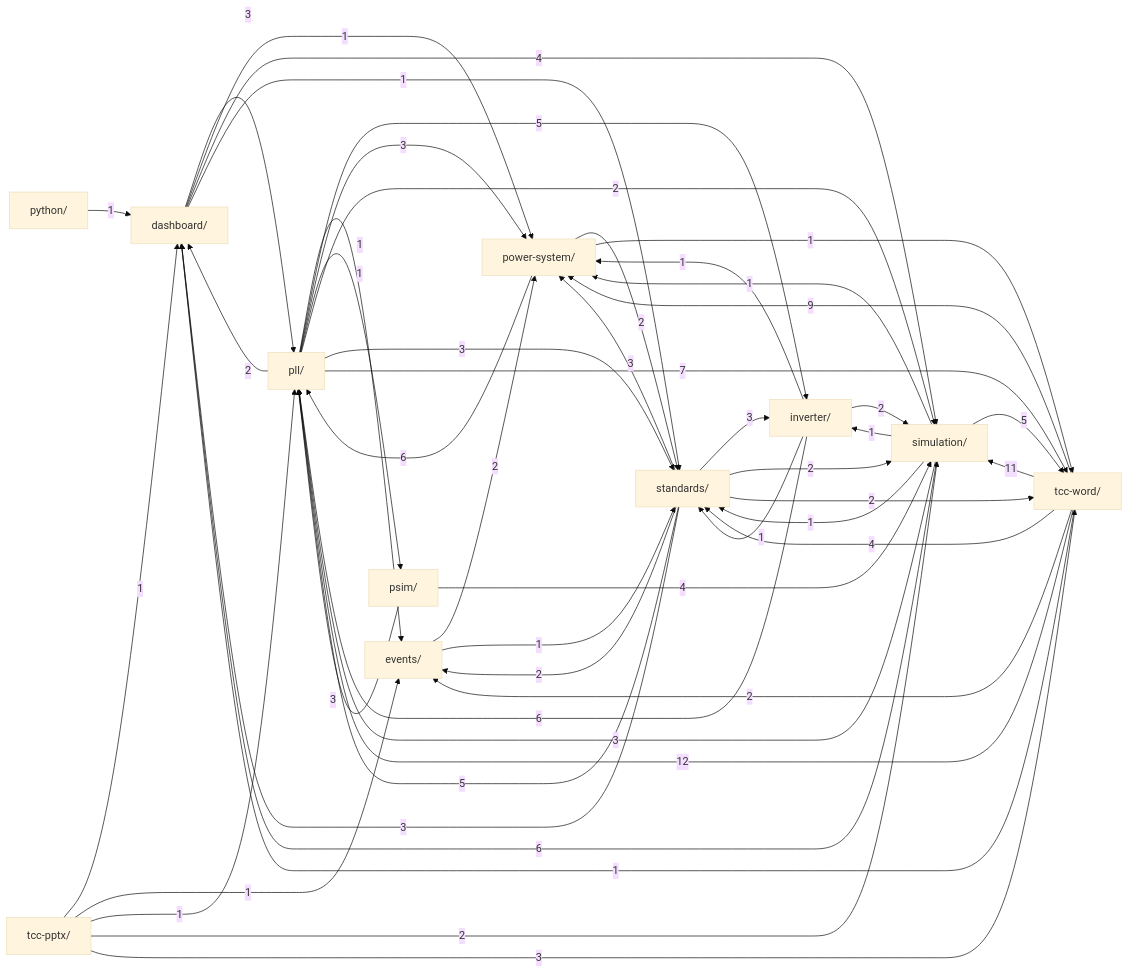
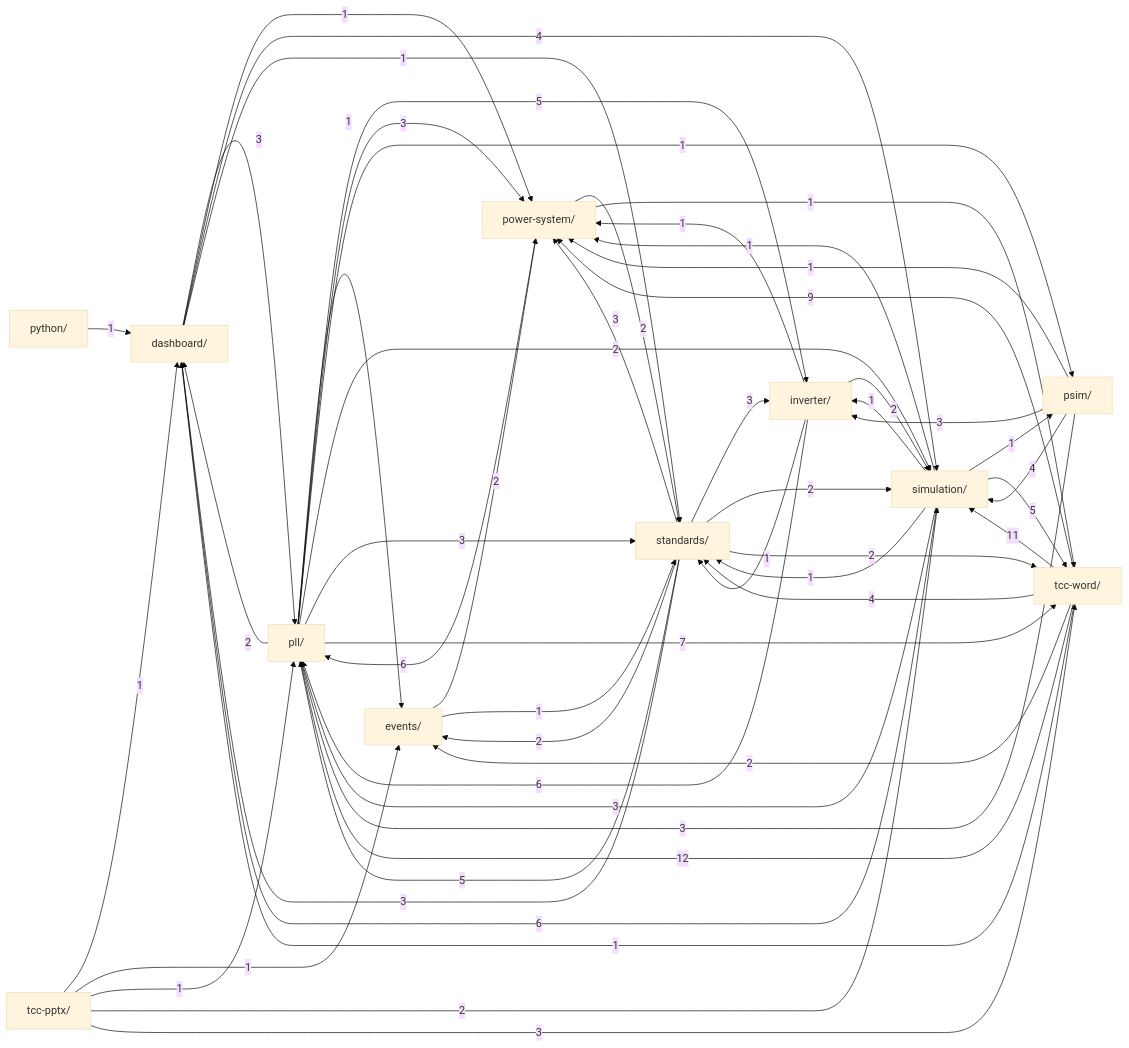
Before and after one commit to GGHB0/pll_stability_9bus: the diagram in .claude/kb/grafo.md, drawn with Mermaid (base theme). The commit also changed 16 other files, not shown here.

````diff
--- a/.claude/kb/grafo.md
+++ b/.claude/kb/grafo.md
@@ -12,62 +12,65 @@
 ```mermaid
 graph LR
     dashboard["dashboard/"]
     events["events/"]
     inverter["inverter/"]
     pll["pll/"]
     power_system["power-system/"]
     psim["psim/"]
     python["python/"]
     simulation["simulation/"]
     standards["standards/"]
     tcc_pptx["tcc-pptx/"]
     tcc_word["tcc-word/"]
     dashboard -->|3| pll
     dashboard -->|1| power_system
     dashboard -->|4| simulation
     dashboard -->|1| standards
     events -->|2| power_system
     events -->|1| standards
     inverter -->|6| pll
     inverter -->|1| power_system
     inverter -->|2| simulation
     inverter -->|1| standards
     pll -->|2| dashboard
     pll -->|1| events
     pll -->|5| inverter
     pll -->|3| power_system
     pll -->|1| psim
     pll -->|2| simulation
     pll -->|3| standards
     pll -->|7| tcc_word
     power_system -->|6| pll
     power_system -->|2| standards
     power_system -->|1| tcc_word
+    psim -->|3| inverter
     psim -->|3| pll
+    psim -->|1| power_system
     psim -->|4| simulation
     python -->|1| dashboard
     simulation -->|6| dashboard
     simulation -->|1| inverter
     simulation -->|3| pll
     simulation -->|1| power_system
+    simulation -->|1| psim
     simulation -->|1| standards
     simulation -->|5| tcc_word
     standards -->|3| dashboard
     standards -->|2| events
     standards -->|3| inverter
     standards -->|5| pll
     standards -->|3| power_system
     standards -->|2| simulation
     standards -->|2| tcc_word
     tcc_pptx -->|1| dashboard
     tcc_pptx -->|1| events
     tcc_pptx -->|1| pll
     tcc_pptx -->|2| simulation
     tcc_pptx -->|3| tcc_word
     tcc_word -->|1| dashboard
     tcc_word -->|2| events
     tcc_word -->|12| pll
     tcc_word -->|9| power_system
     tcc_word -->|11| simulation
     tcc_word -->|4| standards
 ```
````
